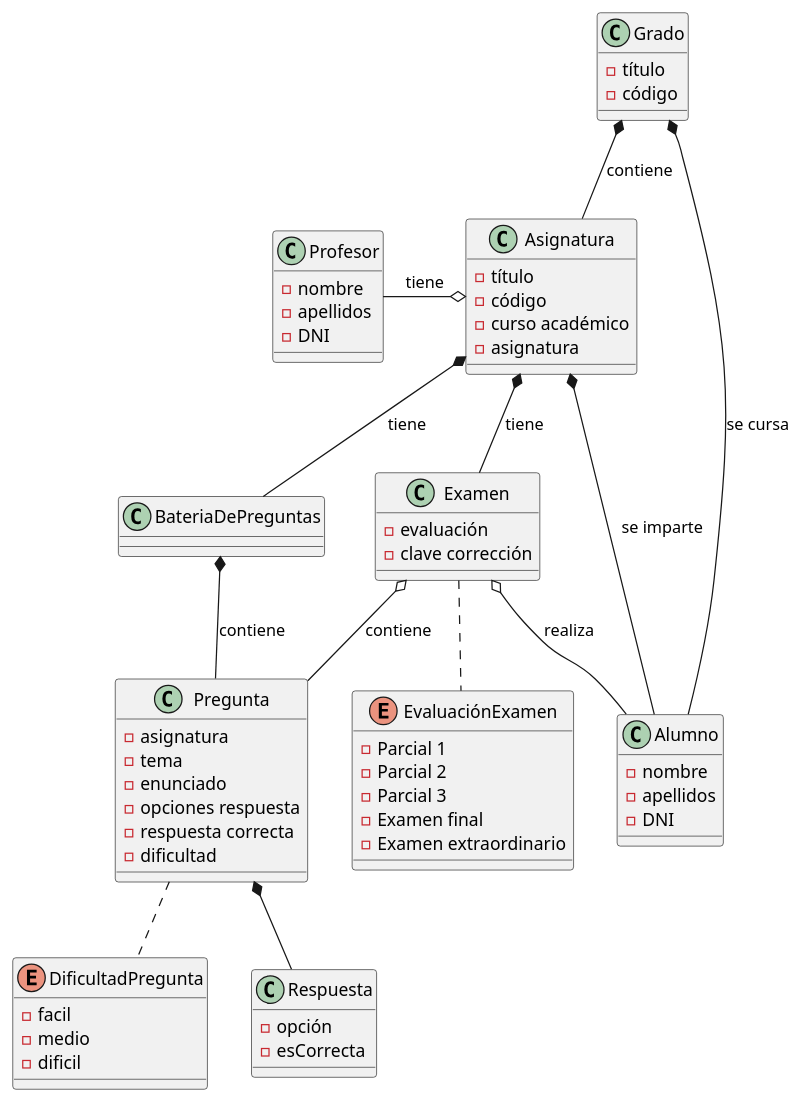
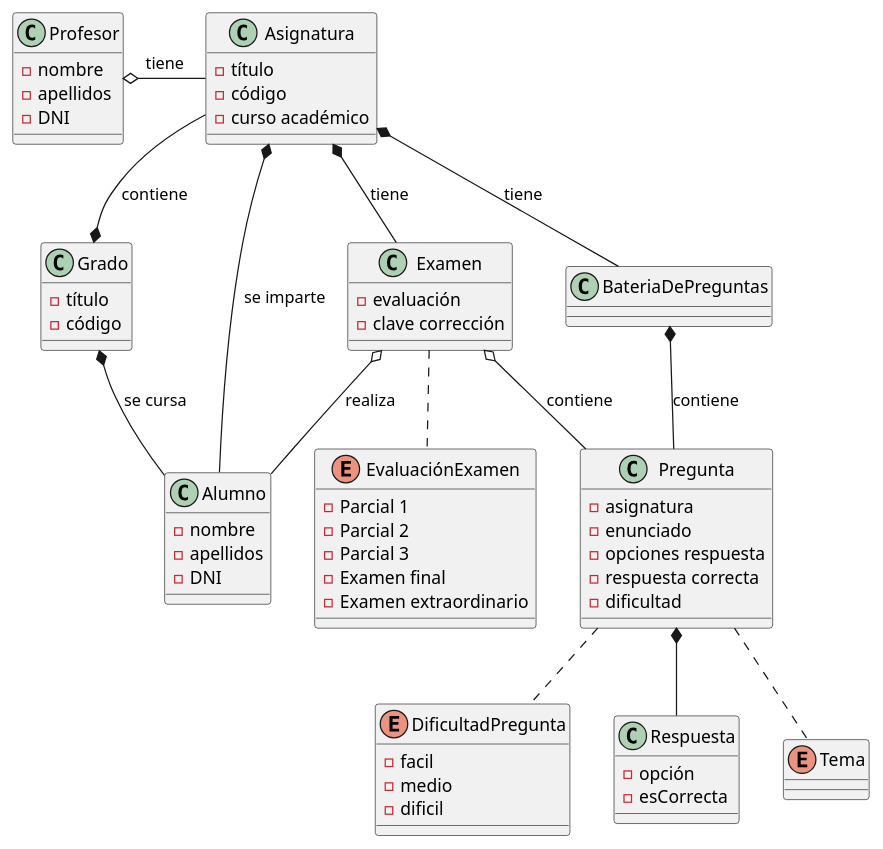
One commit to martinlopez7/25-26-IdSw1-SdR changed the diagram in documents/modelos/diagramas/diagramaEntidad/diagramaEntidad.puml. Above: the diagram before and after it, drawn with PlantUML. The commit also changed 1 other file, not shown here.

Commit message:
fix(mdd): Corrección del diagrama [refs #40]

```diff
--- a/documents/modelos/diagramas/diagramaEntidad/diagramaEntidad.puml
+++ b/documents/modelos/diagramas/diagramaEntidad/diagramaEntidad.puml
@@ -1,66 +1,68 @@
 @startuml
 class Examen{
  - evaluación
  - clave corrección
 }
 class Asignatura{
  - título
  - código
  - curso académico
- - asignatura
 }
 class Pregunta{
  - asignatura
- - tema
  - enunciado
  - opciones respuesta
  - respuesta correcta
  - dificultad
 }
 class BateriaDePreguntas{
 }
 class Grado{
  - título
  - código
 }
 class Profesor{
  - nombre
  - apellidos
  - DNI
 }
 class Alumno{
  - nombre
  - apellidos
  - DNI
 }
 enum EvaluaciónExamen{
  - Parcial 1
  - Parcial 2
  - Parcial 3
  - Examen final
  - Examen extraordinario
 }
 enum DificultadPregunta{
  - facil
  - medio
  - dificil
 }
 
 class Respuesta{
  - opción
  - esCorrecta
 }
 
+enum Tema{
+}
+
 Respuesta -u-* Pregunta
 Pregunta .. DificultadPregunta
 Pregunta -u-o Examen : contiene
 Pregunta -u-* BateriaDePreguntas : contiene
 Examen .. EvaluaciónExamen
 BateriaDePreguntas -u-* Asignatura : tiene
 Examen -u-* Asignatura : tiene
-Profesor -r-o Asignatura : tiene
-Asignatura -u-* Grado : contiene
+Profesor o-r- Asignatura : tiene
+Asignatura --* Grado : contiene
 Alumno -u-o Examen : realiza
 Alumno -u-* Asignatura : se imparte
 Alumno -u-* Grado : se cursa
+Pregunta .. Tema
 @enduml
```
